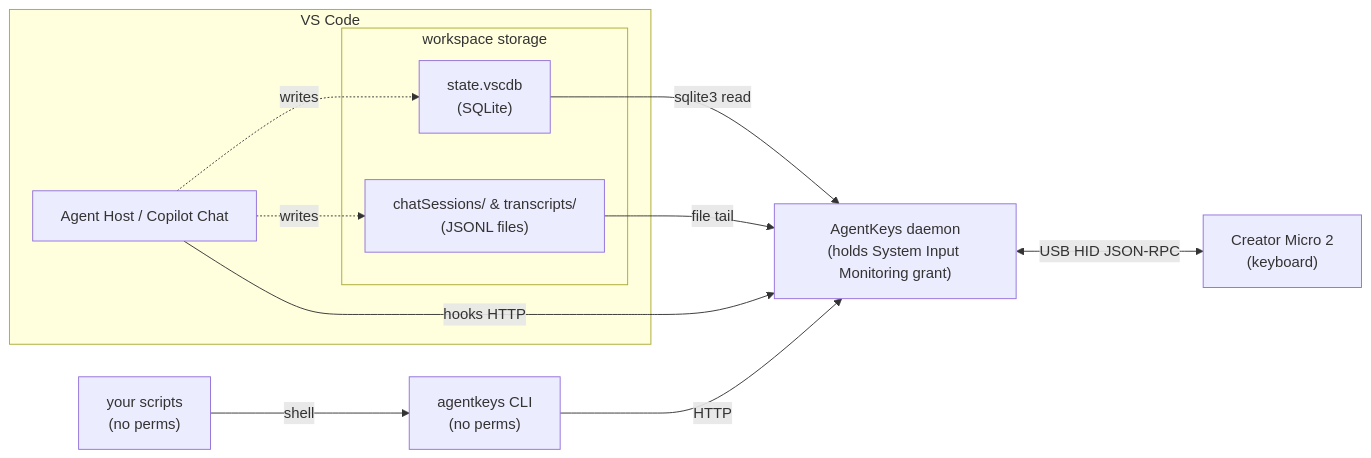
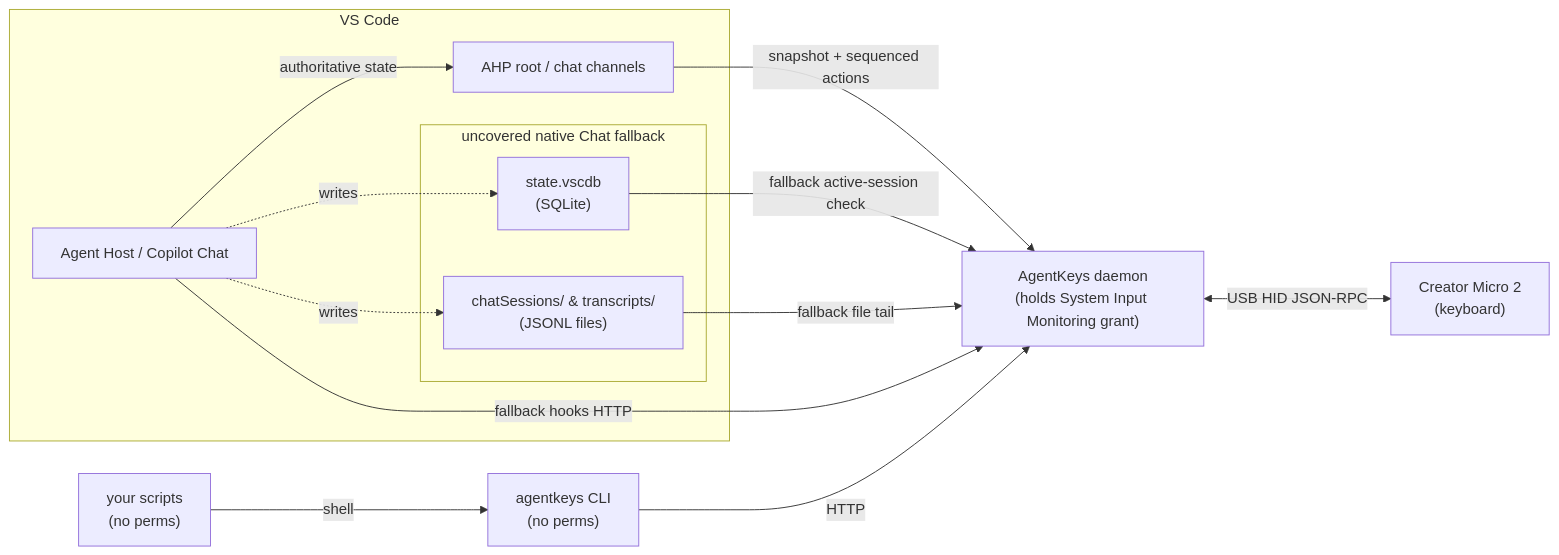
The diagram in README.md (okko/micro2-agent-keys), drawn with Mermaid before and after one commit. The commit also changed other lines of this file and 10 other files, not shown here.

First line of the commit message:
feat(vscode): make Agent Host Protocol authoritative for session state

````diff
--- a/README.md
+++ b/README.md
@@ -54,23 +54,26 @@
 ```mermaid
 flowchart LR
     subgraph vsc["VS Code"]
         VS["Agent Host / Copilot Chat"]
-        subgraph ws["workspace storage"]
+        AHP["AHP root / chat channels"]
+        subgraph ws["uncovered native Chat fallback"]
             vscdb["state.vscdb\n(SQLite)"]
             jsonl["chatSessions/ & transcripts/\n(JSONL files)"]
         end
     end
     scripts["your scripts\n(no perms)"]
     cli["agentkeys CLI\n(no perms)"]
     daemon["AgentKeys daemon\n(holds System Input Monitoring grant)"]
     keyboard["Creator Micro 2\n(keyboard)"]
 
     VS -.->|writes| vscdb
     VS -.->|writes| jsonl
-    vscdb -->|sqlite3 read| daemon
-    jsonl -->|file tail| daemon
-    VS -->|hooks HTTP| daemon
+    VS -->|authoritative state| AHP
+    AHP -->|snapshot + sequenced actions| daemon
+    vscdb -->|fallback active-session check| daemon
+    jsonl -->|fallback file tail| daemon
+    VS -->|fallback hooks HTTP| daemon
     scripts -->|shell| cli
     cli -->|HTTP| daemon
     daemon <-->|USB HID JSON-RPC| keyboard
 ```
````
